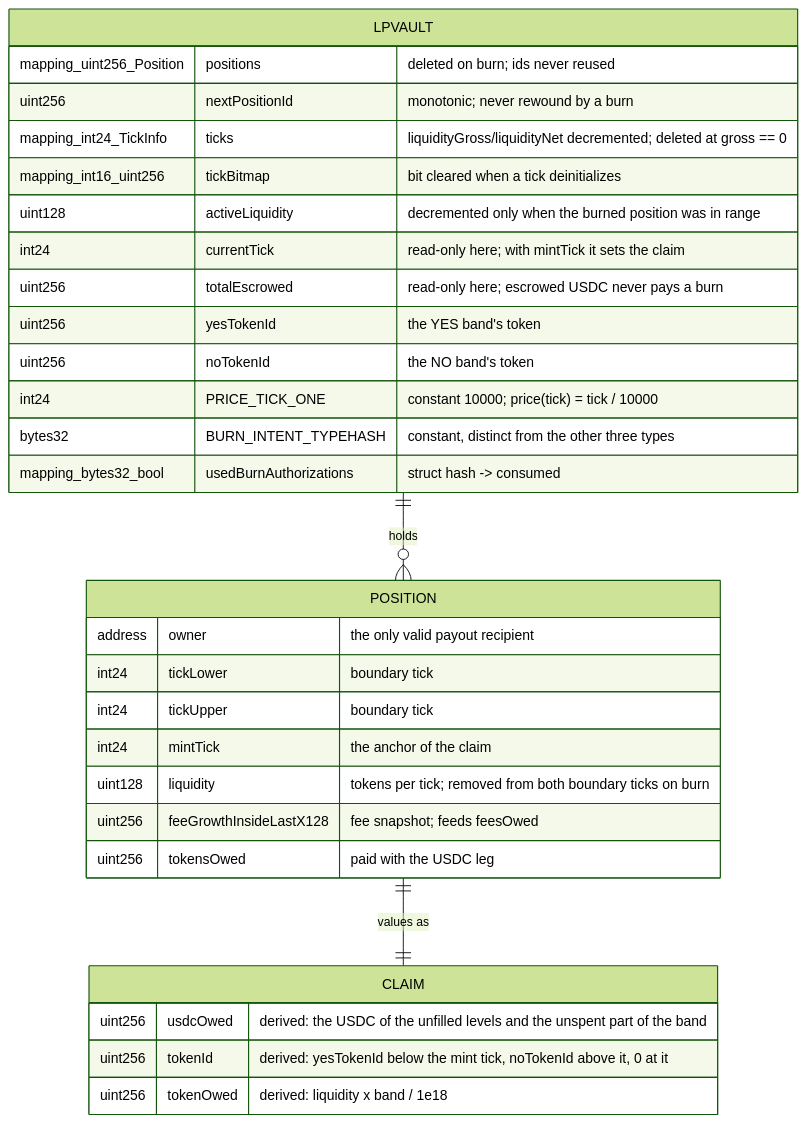
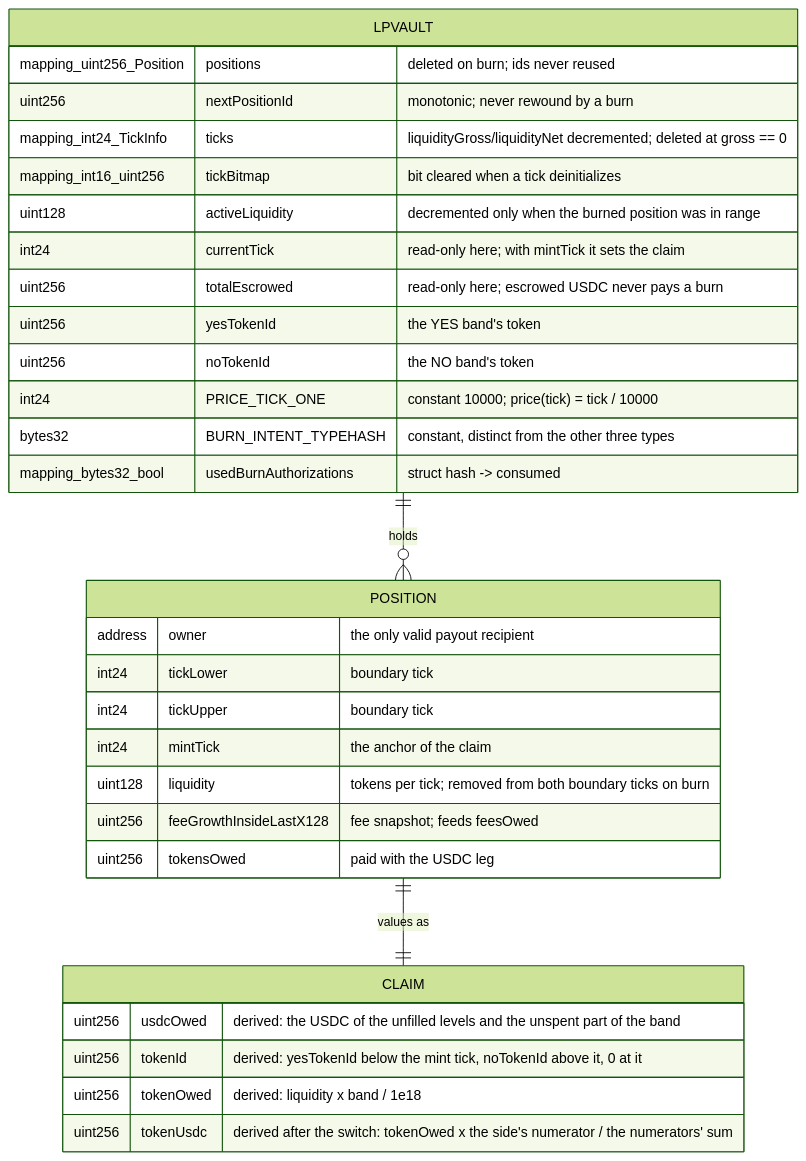
The third of 4 diagrams in specs/features/contracts/FEAT-7G40-burn-lp-position/ARCHITECTURE.md (ProphetMarket/lp-vaults), drawn with Mermaid (forest theme) before and after one commit. The commit also changed other lines of this file and 31 other files, not shown here.

````diff
--- a/specs/features/contracts/FEAT-7G40-burn-lp-position/ARCHITECTURE.md
+++ b/specs/features/contracts/FEAT-7G40-burn-lp-position/ARCHITECTURE.md
@@ -75,33 +75,34 @@
 ```mermaid
 erDiagram
     LPVAULT {
         mapping_uint256_Position positions "deleted on burn; ids never reused"
         uint256 nextPositionId "monotonic; never rewound by a burn"
         mapping_int24_TickInfo ticks "liquidityGross/liquidityNet decremented; deleted at gross == 0"
         mapping_int16_uint256 tickBitmap "bit cleared when a tick deinitializes"
         uint128 activeLiquidity "decremented only when the burned position was in range"
         int24 currentTick "read-only here; with mintTick it sets the claim"
         uint256 totalEscrowed "read-only here; escrowed USDC never pays a burn"
         uint256 yesTokenId "the YES band's token"
         uint256 noTokenId "the NO band's token"
         int24 PRICE_TICK_ONE "constant 10000; price(tick) = tick / 10000"
         bytes32 BURN_INTENT_TYPEHASH "constant, distinct from the other three types"
         mapping_bytes32_bool usedBurnAuthorizations "struct hash -> consumed"
     }
     POSITION {
         address owner "the only valid payout recipient"
         int24 tickLower "boundary tick"
         int24 tickUpper "boundary tick"
         int24 mintTick "the anchor of the claim"
         uint128 liquidity "tokens per tick; removed from both boundary ticks on burn"
         uint256 feeGrowthInsideLastX128 "fee snapshot; feeds feesOwed"
         uint256 tokensOwed "paid with the USDC leg"
     }
     CLAIM {
         uint256 usdcOwed "derived: the USDC of the unfilled levels and the unspent part of the band"
         uint256 tokenId "derived: yesTokenId below the mint tick, noTokenId above it, 0 at it"
         uint256 tokenOwed "derived: liquidity x band / 1e18"
+        uint256 tokenUsdc "derived after the switch: tokenOwed x the side's numerator / the numerators' sum"
     }
     LPVAULT ||--o{ POSITION : "holds"
     POSITION ||--|| CLAIM : "values as"
 ```
````
